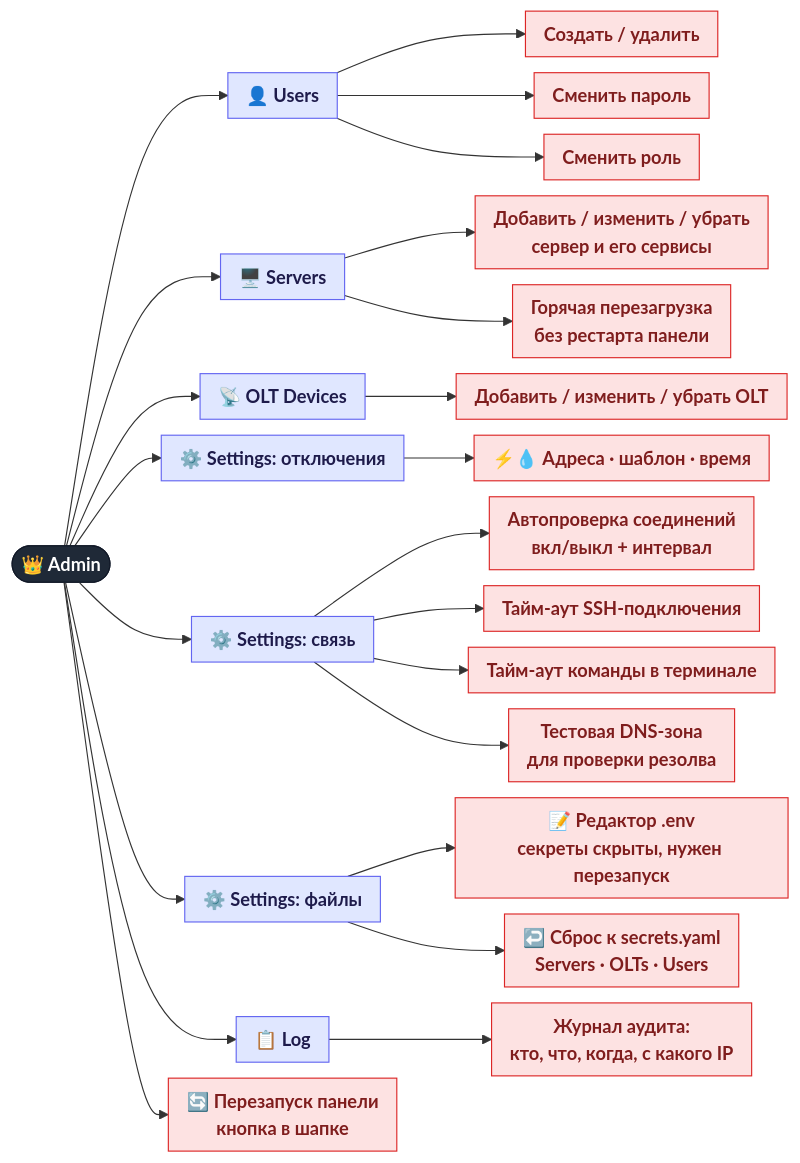
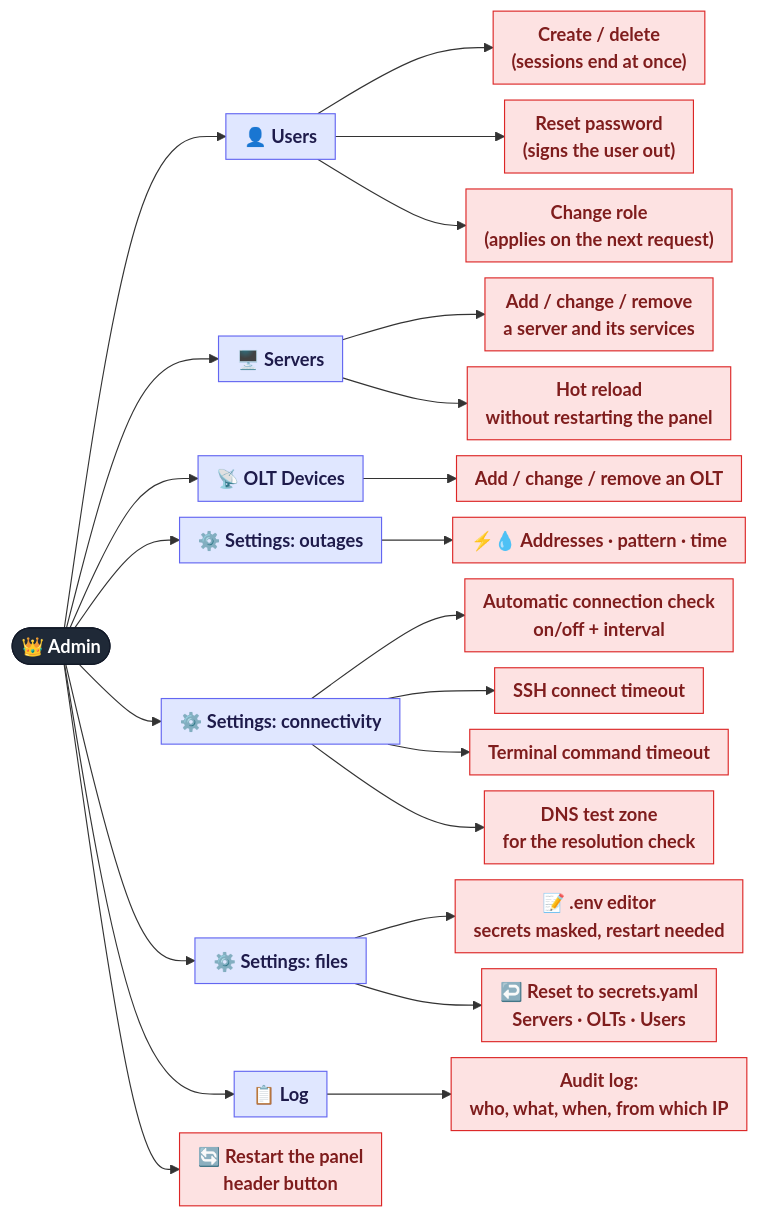
One commit to Madly222/MCPforMonitoring changed the first of 2 diagrams in docs/features/08-admin.md. Above: the diagram before and after it, drawn with Mermaid. The commit also changed other lines of this file and 37 other files, not shown here.

````diff
--- a/docs/features/08-admin.md
+++ b/docs/features/08-admin.md
@@ -8,39 +8,39 @@
 ```mermaid
 %%{init: {"flowchart": {"nodeSpacing": 14, "rankSpacing": 45, "curve": "basis", "padding": 8, "wrappingWidth": 260}}}%%
 flowchart LR
     ROOT(["👑 Admin"]):::root
 
     ROOT --> USR["👤 Users"]:::group
-    USR --> U1["Создать / удалить"]:::super
-    USR --> U2["Сменить пароль"]:::super
-    USR --> U3["Сменить роль"]:::super
+    USR --> U1["Create / delete<br/>(sessions end at once)"]:::super
+    USR --> U2["Reset password<br/>(signs the user out)"]:::super
+    USR --> U3["Change role<br/>(applies on the next request)"]:::super
 
     ROOT --> SRV["🖥️ Servers"]:::group
-    SRV --> S1["Добавить / изменить / убрать<br/>сервер и его сервисы"]:::super
-    SRV --> S2["Горячая перезагрузка<br/>без рестарта панели"]:::super
+    SRV --> S1["Add / change / remove<br/>a server and its services"]:::super
+    SRV --> S2["Hot reload<br/>without restarting the panel"]:::super
 
     ROOT --> OLT["📡 OLT Devices"]:::group
-    OLT --> O1["Добавить / изменить / убрать OLT"]:::super
+    OLT --> O1["Add / change / remove an OLT"]:::super
 
-    ROOT --> OUT["⚙️ Settings: отключения"]:::group
-    OUT --> T1["⚡💧 Адреса · шаблон · время"]:::super
+    ROOT --> OUT["⚙️ Settings: outages"]:::group
+    OUT --> T1["⚡💧 Addresses · pattern · time"]:::super
 
-    ROOT --> NET["⚙️ Settings: связь"]:::group
-    NET --> T2["Автопроверка соединений<br/>вкл/выкл + интервал"]:::super
-    NET --> T3["Тайм-аут SSH-подключения"]:::super
-    NET --> T4["Тайм-аут команды в терминале"]:::super
-    NET --> T5["Тестовая DNS-зона<br/>для проверки резолва"]:::super
+    ROOT --> NET["⚙️ Settings: connectivity"]:::group
+    NET --> T2["Automatic connection check<br/>on/off + interval"]:::super
+    NET --> T3["SSH connect timeout"]:::super
+    NET --> T4["Terminal command timeout"]:::super
+    NET --> T5["DNS test zone<br/>for the resolution check"]:::super
 
-    ROOT --> ENV["⚙️ Settings: файлы"]:::group
-    ENV --> T6["📝 Редактор .env<br/>секреты скрыты, нужен перезапуск"]:::super
-    ENV --> T7["↩️ Сброс к secrets.yaml<br/>Servers · OLTs · Users"]:::super
+    ROOT --> ENV["⚙️ Settings: files"]:::group
+    ENV --> T6["📝 .env editor<br/>secrets masked, restart needed"]:::super
+    ENV --> T7["↩️ Reset to secrets.yaml<br/>Servers · OLTs · Users"]:::super
 
     ROOT --> AUD["📋 Log"]:::group
-    AUD --> A1["Журнал аудита:<br/>кто, что, когда, с какого IP"]:::super
+    AUD --> A1["Audit log:<br/>who, what, when, from which IP"]:::super
 
-    ROOT --> RST["🔄 Перезапуск панели<br/>кнопка в шапке"]:::super
+    ROOT --> RST["🔄 Restart the panel<br/>header button"]:::super
 
     classDef root  fill:#1f2937,stroke:#111827,color:#ffffff,font-weight:bold
     classDef group fill:#e0e7ff,stroke:#6366f1,color:#1e1b4b,font-weight:bold
     classDef super fill:#fde2e2,stroke:#dc2626,color:#7f1d1d
 ```
````
